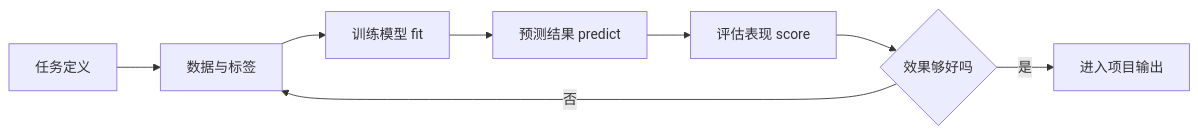
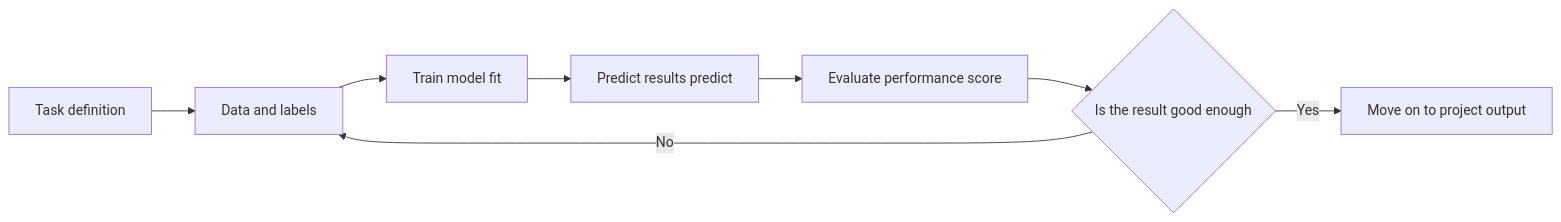
The second of 2 diagrams in docs/ch05-machine-learning/ch01-ml-basics/00-roadmap.md (oudbiao/AI-fullstack-course), drawn with Mermaid before and after one commit. The commit also changed other lines of this file and 1406 other files, not shown here.

````diff
--- a/docs/ch05-machine-learning/ch01-ml-basics/00-roadmap.md
+++ b/docs/ch05-machine-learning/ch01-ml-basics/00-roadmap.md
@@ -48,10 +48,10 @@
 ```mermaid
 flowchart LR
-  A[任务定义] --> B[数据与标签]
-  B --> C[训练模型 fit]
-  C --> D[预测结果 predict]
-  D --> E[评估表现 score]
-  E --> F{效果够好吗}
-  F -- 否 --> B
-  F -- 是 --> G[进入项目输出]
+  A[Task definition] --> B[Data and labels]
+  B --> C[Train model fit]
+  C --> D[Predict results predict]
+  D --> E[Evaluate performance score]
+  E --> F{Is the result good enough}
+  F -- No --> B
+  F -- Yes --> G[Move on to project output]
 ```
````
